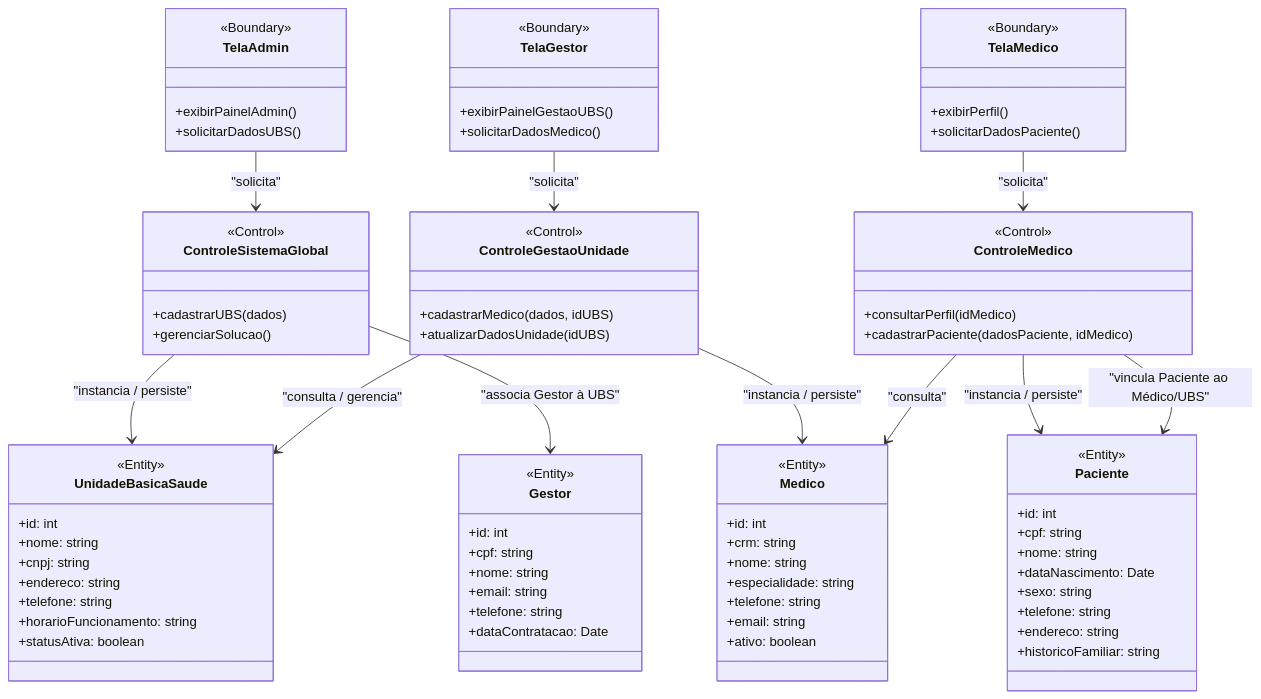
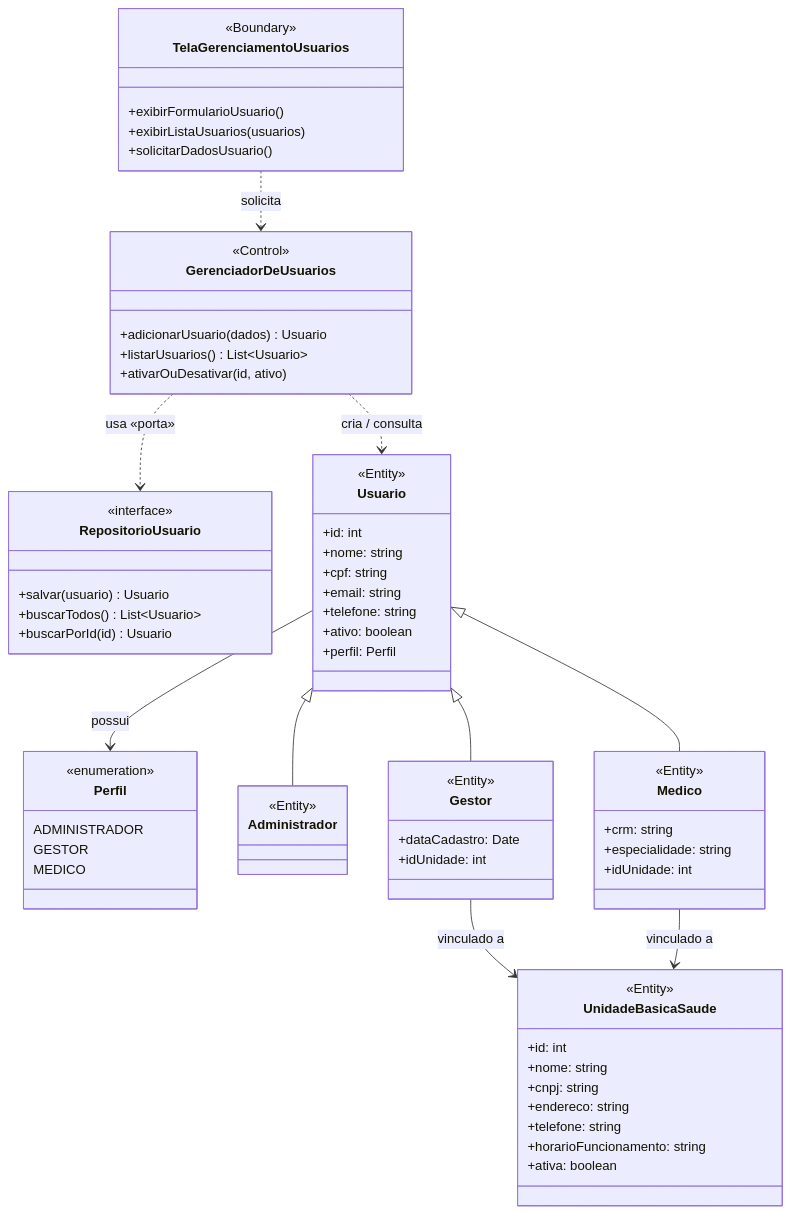
Before and after one commit to jonatahpfg/Trabalho-app-apoio-saude: the second of 2 diagrams in docs/diagramas-sistema.md, drawn with Mermaid. The commit also changed other lines of this file, not shown here.

Commit message:
docs(diagramas): revisar casos de uso e classe de analise
Foca o contexto de gerenciamento de usuarios; introduz a abstracao Usuario/Perfil, os casos de uso Adicionar e Listar Usuarios, autenticacao por perfil e a porta RepositorioUsuario (alinhado ao ADR-001). Remove Paciente (contexto de atendimento) e o vago 'Gerenciar Solucao'.

````diff
--- a/docs/diagramas-sistema.md
+++ b/docs/diagramas-sistema.md
@@ -46,44 +74,65 @@
 ```mermaid
 classDiagram
-    %% Fronteiras (Boundary) - Interfaces com as quais os atores interagem
-    class TelaAdmin {
+    %% ---------- Fronteira (Boundary) = adaptador primário ----------
+    class TelaGerenciamentoUsuarios {
         <<Boundary>>
-        +exibirPainelAdmin()
-        +solicitarDadosUBS()
-    }
-    
-    class TelaGestor {
-        <<Boundary>>
-        +exibirPainelGestaoUBS()
-        +solicitarDadosMedico()
-    }
-    
-    class TelaMedico {
-        <<Boundary>>
-        +exibirPerfil()
-        +solicitarDadosPaciente()
+        +exibirFormularioUsuario()
+        +exibirListaUsuarios(usuarios)
+        +solicitarDadosUsuario()
     }
 
-    %% Controles (Control) - Coordenam fluxos e regras de negócio
-    class ControleSistemaGlobal {
+    %% ---------- Controle (Control) = núcleo / casos de uso ----------
+    class GerenciadorDeUsuarios {
         <<Control>>
-        +cadastrarUBS(dados)
-        +gerenciarSolucao()
-    }
-    
-    class ControleGestaoUnidade {
-        <<Control>>
-        +cadastrarMedico(dados, idUBS)
-        +atualizarDadosUnidade(idUBS)
-    }
-    
-    class ControleMedico {
-        <<Control>>
-        +consultarPerfil(idMedico)
-        +cadastrarPaciente(dadosPaciente, idMedico)
+        +adicionarUsuario(dados) Usuario
+        +listarUsuarios() List~Usuario~
+        +ativarOuDesativar(id, ativo)
     }
 
-    %% Entidades (Entity) - Representam os dados de forma enriquecida
+    %% ---------- Porta secundária (hexagonal) ----------
+    class RepositorioUsuario {
+        <<interface>>
+        +salvar(usuario) Usuario
+        +buscarTodos() List~Usuario~
+        +buscarPorId(id) Usuario
+    }
+
+    %% ---------- Entidades (Entity) = domínio ----------
+    class Usuario {
+        <<Entity>>
+        +id: int
+        +nome: string
+        +cpf: string
+        +email: string
+        +telefone: string
+        +ativo: boolean
+        +perfil: Perfil
+    }
+
+    class Perfil {
+        <<enumeration>>
+        ADMINISTRADOR
+        GESTOR
+        MEDICO
+    }
+
+    class Administrador {
+        <<Entity>>
+    }
+
+    class Gestor {
+        <<Entity>>
+        +dataCadastro: Date
+        +idUnidade: int
+    }
+
+    class Medico {
+        <<Entity>>
+        +crm: string
+        +especialidade: string
+        +idUnidade: int
+    }
+
     class UnidadeBasicaSaude {
         <<Entity>>
         +id: int
@@ -92,54 +141,19 @@
         +endereco: string
         +telefone: string
         +horarioFuncionamento: string
-        +statusAtiva: boolean
-    }
-    
-    class Gestor {
-        <<Entity>>
-        +id: int
-        +cpf: string
-        +nome: string
-        +email: string
-        +telefone: string
-        +dataContratacao: Date
-    }
-    
-    class Medico {
-        <<Entity>>
-        +id: int
-        +crm: string
-        +nome: string
-        +especialidade: string
-        +telefone: string
-        +email: string
-        +ativo: boolean
-    }
-    
-    class Paciente {
-        <<Entity>>
-        +id: int
-        +cpf: string
-        +nome: string
-        +dataNascimento: Date
-        +sexo: string
-        +telefone: string
-        +endereco: string
-        +historicoFamiliar: string
+        +ativa: boolean
     }
 
-    %% Relações e Associações
-    TelaAdmin --> ControleSistemaGlobal : "solicita"
-    TelaGestor --> ControleGestaoUnidade : "solicita"
-    TelaMedico --> ControleMedico : "solicita"
-    
-    ControleSistemaGlobal --> UnidadeBasicaSaude : "instancia / persiste"
-    ControleSistemaGlobal --> Gestor : "associa Gestor à UBS"
-    
-    ControleGestaoUnidade --> Medico : "instancia / persiste"
-    ControleGestaoUnidade --> UnidadeBasicaSaude : "consulta / gerencia"
-    
-    ControleMedico --> Medico : "consulta"
-    ControleMedico --> Paciente : "instancia / persiste"
-    ControleMedico --> Paciente : "vincula Paciente ao Médico/UBS"
+    %% ---------- Relações ----------
+    TelaGerenciamentoUsuarios ..> GerenciadorDeUsuarios : solicita
+    GerenciadorDeUsuarios ..> RepositorioUsuario : usa «porta»
+    GerenciadorDeUsuarios ..> Usuario : cria / consulta
+
+    Usuario <|-- Administrador
+    Usuario <|-- Gestor
+    Usuario <|-- Medico
+    Usuario --> Perfil : possui
+
+    Gestor --> UnidadeBasicaSaude : vinculado a
+    Medico --> UnidadeBasicaSaude : vinculado a
 ```
````
